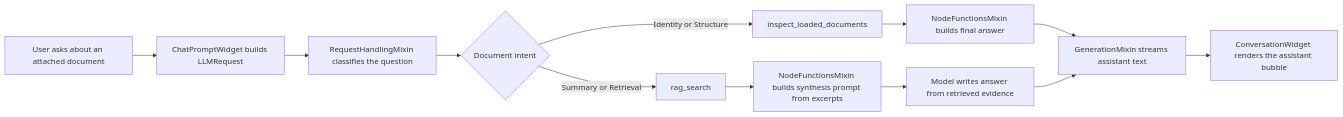
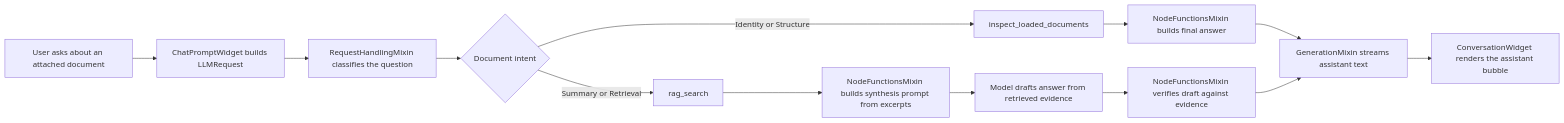
The first of 2 diagrams in docs/document-rag-flow.md (Capsize-Games/airunner), drawn with Mermaid before and after one commit. The commit also changed other lines of this file and 9 other files, not shown here.

Commit message:
Improve document RAG summaries and left panel flow

````diff
--- a/docs/document-rag-flow.md
+++ b/docs/document-rag-flow.md
@@ -26,14 +38,15 @@
 ```mermaid
 flowchart LR
     A[User asks about an attached document] --> B[ChatPromptWidget builds LLMRequest]
     B --> C[RequestHandlingMixin classifies the question]
     C --> D{Document intent}
     D -->|Identity or Structure| E[inspect_loaded_documents]
     D -->|Summary or Retrieval| F[rag_search]
     E --> G[NodeFunctionsMixin builds final answer]
     F --> H[NodeFunctionsMixin builds synthesis prompt from excerpts]
-    H --> I[Model writes answer from retrieved evidence]
+    H --> I[Model drafts answer from retrieved evidence]
+    I --> I2[NodeFunctionsMixin verifies draft against evidence]
     G --> J[GenerationMixin streams assistant text]
-    I --> J
+    I2 --> J
     J --> K[ConversationWidget renders the assistant bubble]
 ```
````
